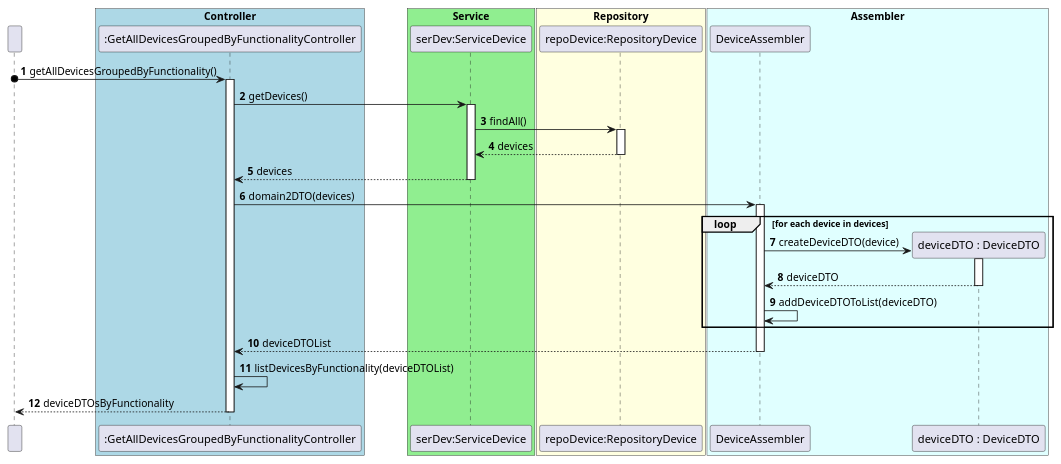
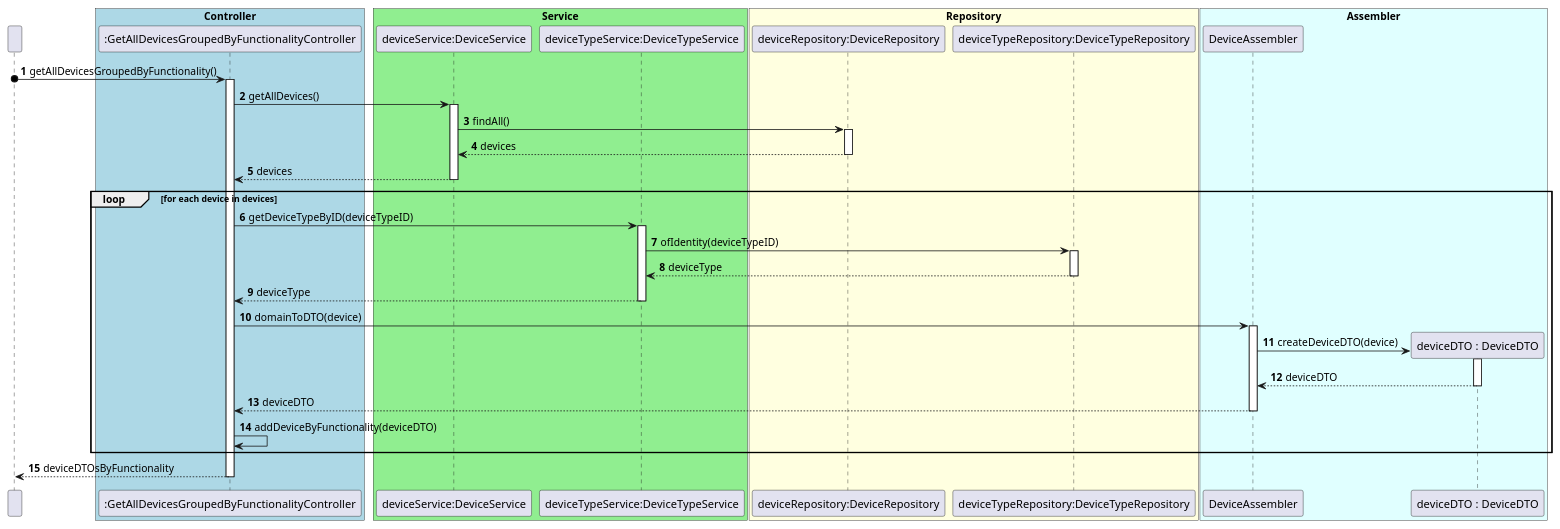
One commit to olivDiogo/SmartHome changed the diagram in docs/userStories/us09/artifacts/US09SD.puml. Above: the diagram before and after it, drawn with PlantUML.

Commit message:
#252 docs: edited Sequence Diagram for US09

```diff
--- a/docs/userStories/us09/artifacts/US09SD.puml
+++ b/docs/userStories/us09/artifacts/US09SD.puml
@@ -1,74 +1,91 @@
 @startuml
 'https://plantuml.com/sequence-diagram
 !pragma layout smetana
 
 participant " " as User
 
 box "Controller" #LightBlue
 participant ":GetAllDevicesGroupedByFunctionalityController" as GetAllDevicesGroupedByFunctionalityController
 end box
 
 box "Service" #LightGreen
-participant "serDev:ServiceDevice" as ServiceDevice
+participant "deviceService:DeviceService" as DeviceService
+participant "deviceTypeService:DeviceTypeService" as DeviceTypeService
 end box
 
 box "Repository" #LightYellow
-participant "repoDevice:RepositoryDevice" as RepositoryDevice
+participant "deviceRepository:DeviceRepository" as DeviceRepository
+participant "deviceTypeRepository:DeviceTypeRepository" as DeviceTypeRepository
 end box
 
 box "Assembler" #LightCyan
 participant "DeviceAssembler" as DeviceAssembler
 
 participant "deviceDTO : DeviceDTO" as DeviceDTO
 end box
 
 autonumber
 
 User o-> GetAllDevicesGroupedByFunctionalityController: getAllDevicesGroupedByFunctionality()
 
 activate GetAllDevicesGroupedByFunctionalityController
 
 
-GetAllDevicesGroupedByFunctionalityController -> ServiceDevice : getDevices()
+GetAllDevicesGroupedByFunctionalityController -> DeviceService : getAllDevices()
 
-activate ServiceDevice
+activate DeviceService
 
-ServiceDevice -> RepositoryDevice: findAll()
+DeviceService -> DeviceRepository: findAll()
 
-activate RepositoryDevice
+activate DeviceRepository
 
-RepositoryDevice --> ServiceDevice: devices
+DeviceRepository --> DeviceService: devices
 
-deactivate RepositoryDevice
+deactivate DeviceRepository
 
-ServiceDevice --> GetAllDevicesGroupedByFunctionalityController: devices
+DeviceService --> GetAllDevicesGroupedByFunctionalityController: devices
 
-deactivate ServiceDevice
-
-GetAllDevicesGroupedByFunctionalityController -> DeviceAssembler: domain2DTO(devices)
+deactivate DeviceService
 
 loop for each device in devices
+
+    GetAllDevicesGroupedByFunctionalityController -> DeviceTypeService: getDeviceTypeByID(deviceTypeID)
+
+    activate DeviceTypeService
+
+    DeviceTypeService -> DeviceTypeRepository: ofIdentity(deviceTypeID)
+
+    activate DeviceTypeRepository
+
+    DeviceTypeRepository --> DeviceTypeService: deviceType
+
+    deactivate DeviceTypeRepository
+
+    DeviceTypeService --> GetAllDevicesGroupedByFunctionalityController: deviceType
+
+    deactivate DeviceTypeService
+
+    GetAllDevicesGroupedByFunctionalityController -> DeviceAssembler: domainToDTO(device)
+
     activate DeviceAssembler
     create DeviceDTO
     DeviceAssembler -> DeviceDTO: createDeviceDTO(device)
 
     activate DeviceDTO
 
     DeviceDTO --> DeviceAssembler: deviceDTO
 
     deactivate DeviceDTO
 
-    DeviceAssembler -> DeviceAssembler: addDeviceDTOToList(deviceDTO)
+    DeviceAssembler --> GetAllDevicesGroupedByFunctionalityController: deviceDTO
+
+    deactivate DeviceAssembler
+
+    GetAllDevicesGroupedByFunctionalityController -> GetAllDevicesGroupedByFunctionalityController: addDeviceByFunctionality(deviceDTO)
 end
-
-DeviceAssembler --> GetAllDevicesGroupedByFunctionalityController: deviceDTOList
-
-deactivate DeviceAssembler
-
-GetAllDevicesGroupedByFunctionalityController -> GetAllDevicesGroupedByFunctionalityController: listDevicesByFunctionality(deviceDTOList)
 
 GetAllDevicesGroupedByFunctionalityController --> User: deviceDTOsByFunctionality
 
 deactivate GetAllDevicesGroupedByFunctionalityController
 
 @enduml
```
